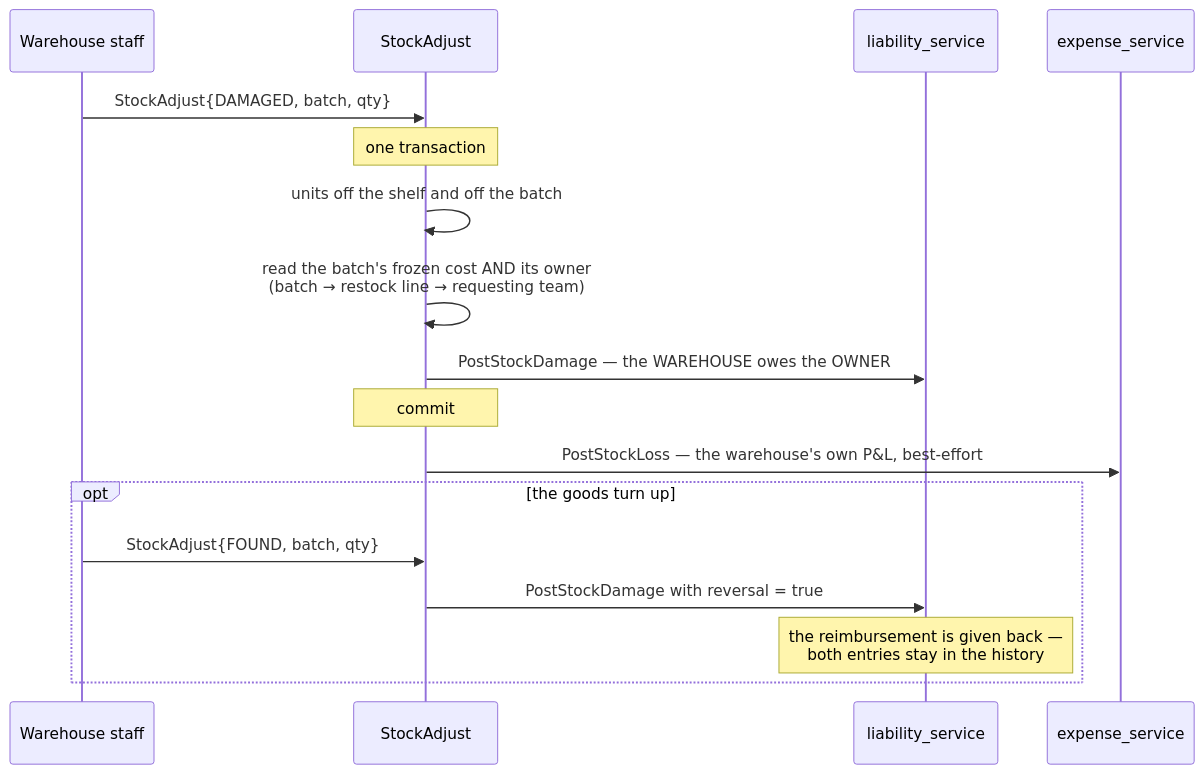
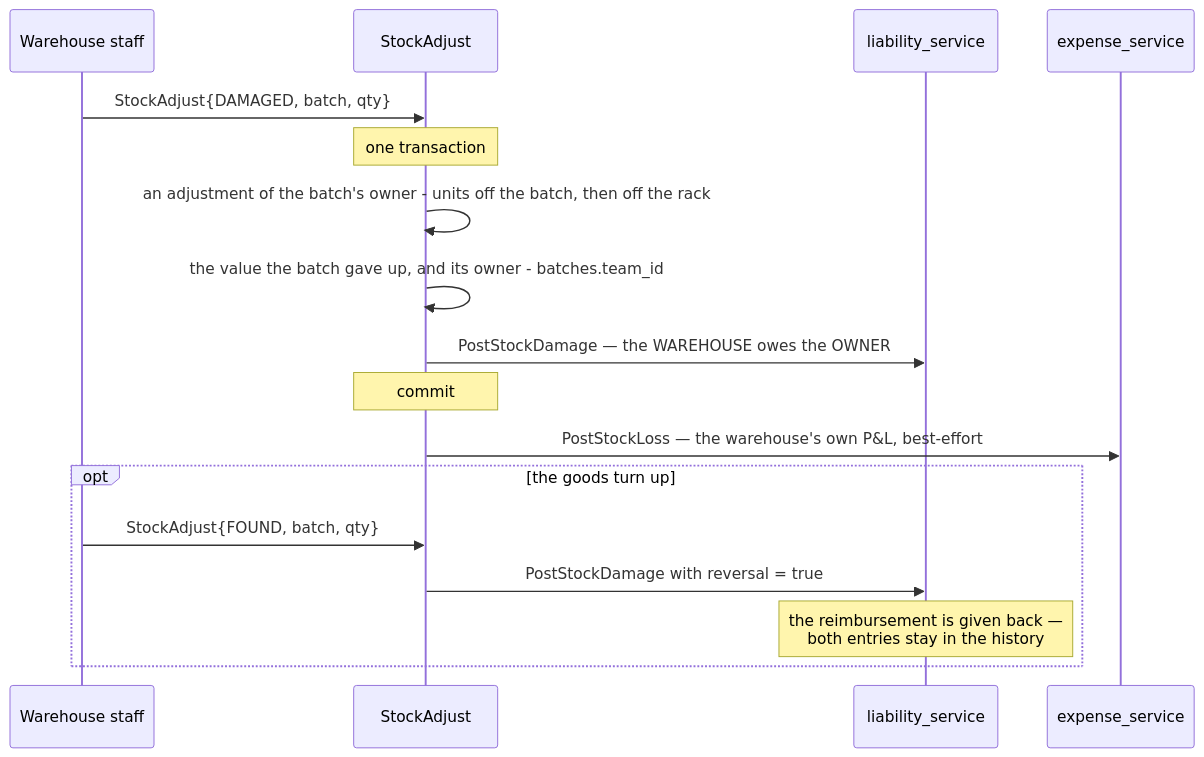
Diagram 18 of 20 in docs/services/inventory_service/rpc.md (pdcgo/warehouse_revamp), drawn with Mermaid before and after one commit. The commit also changed other lines of this file and 313 other files, not shown here.

````diff
--- a/docs/services/inventory_service/rpc.md
+++ b/docs/services/inventory_service/rpc.md
@@ -808,21 +832,21 @@
 ```mermaid
 sequenceDiagram
     participant W as Warehouse staff
     participant I as StockAdjust
     participant S as liability_service
     participant E as expense_service
 
     W->>I: StockAdjust{DAMAGED, batch, qty}
     Note over I: one transaction
-    I->>I: units off the shelf and off the batch
-    I->>I: read the batch's frozen cost AND its owner<br/>(batch → restock line → requesting team)
+    I->>I: an adjustment of the batch's owner - units off the batch, then off the rack
+    I->>I: the value the batch gave up, and its owner - batches.team_id
     I->>S: PostStockDamage — the WAREHOUSE owes the OWNER
     Note over I: commit
     I->>E: PostStockLoss — the warehouse's own P&L, best-effort
 
     opt the goods turn up
         W->>I: StockAdjust{FOUND, batch, qty}
         I->>S: PostStockDamage with reversal = true
         Note over S: the reimbursement is given back —<br/>both entries stay in the history
     end
 ```
````
